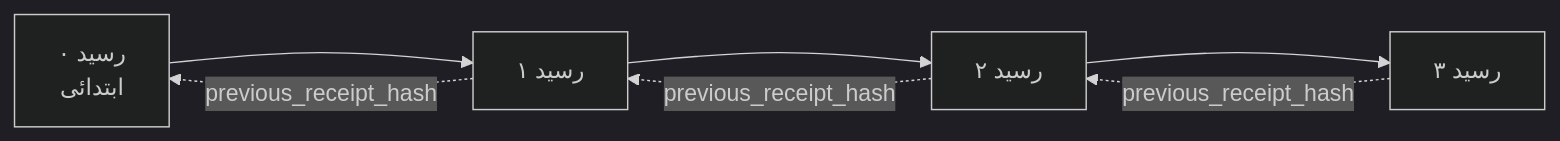
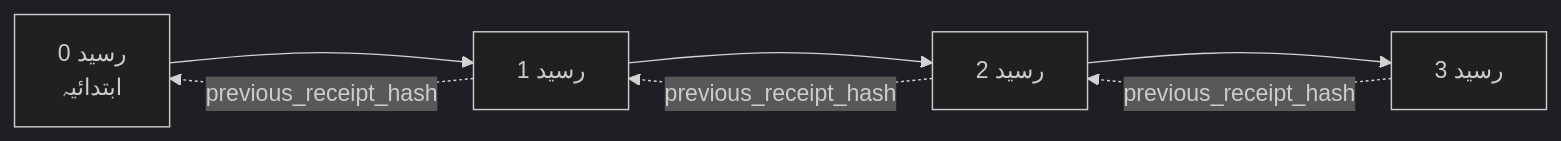
Before and after one commit to gabrielmoreira/agent-skills-mirror: the second of 2 diagrams in mirrors/repos/microsoft@ai-agents-for-beginners/translations/ur/18-securing-ai-agents/README.md, drawn with Mermaid (dark theme). The commit also changed other lines of this file and 4262 other files, not shown here.

````diff
--- a/mirrors/repos/microsoft@ai-agents-for-beginners/translations/ur/18-securing-ai-agents/README.md
+++ b/mirrors/repos/microsoft@ai-agents-for-beginners/translations/ur/18-securing-ai-agents/README.md
@@ -206,9 +203,9 @@
 ```mermaid
 flowchart LR
-    R0[رسید ۰<br/>ابتدائی] --> R1[رسید ۱]
-    R1 --> R2[رسید ۲]
-    R2 --> R3[رسید ۳]
+    R0[رسید 0<br/>ابتدائیہ] --> R1[رسید 1]
+    R1 --> R2[رسید 2]
+    R2 --> R3[رسید 3]
     R1 -. previous_receipt_hash .-> R0
     R2 -. previous_receipt_hash .-> R1
     R3 -. previous_receipt_hash .-> R2
 ```
````
